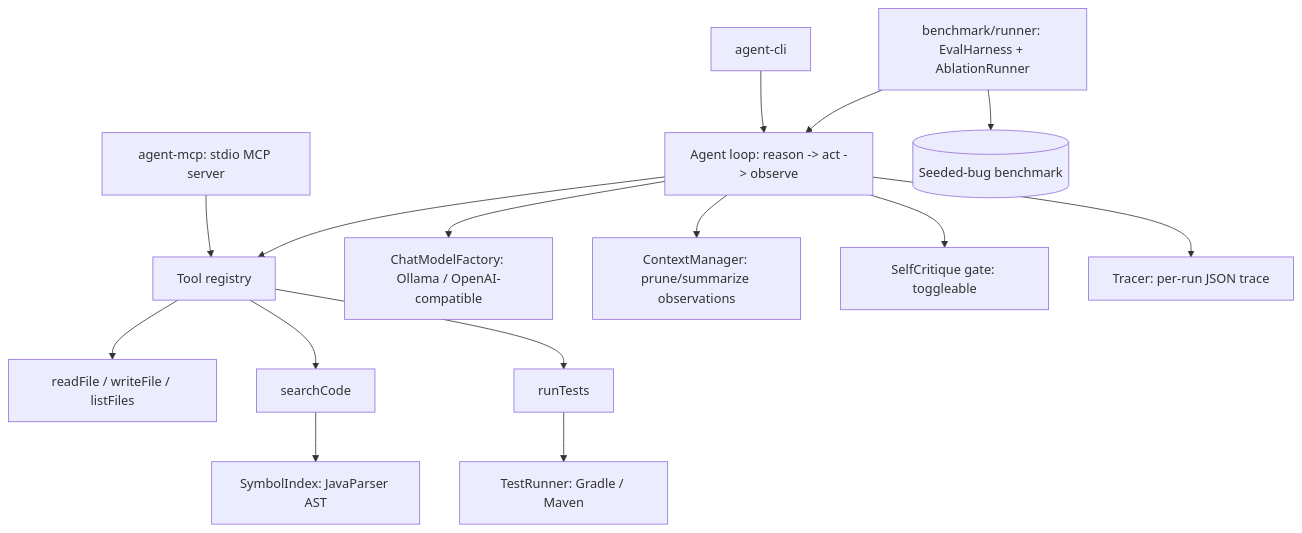
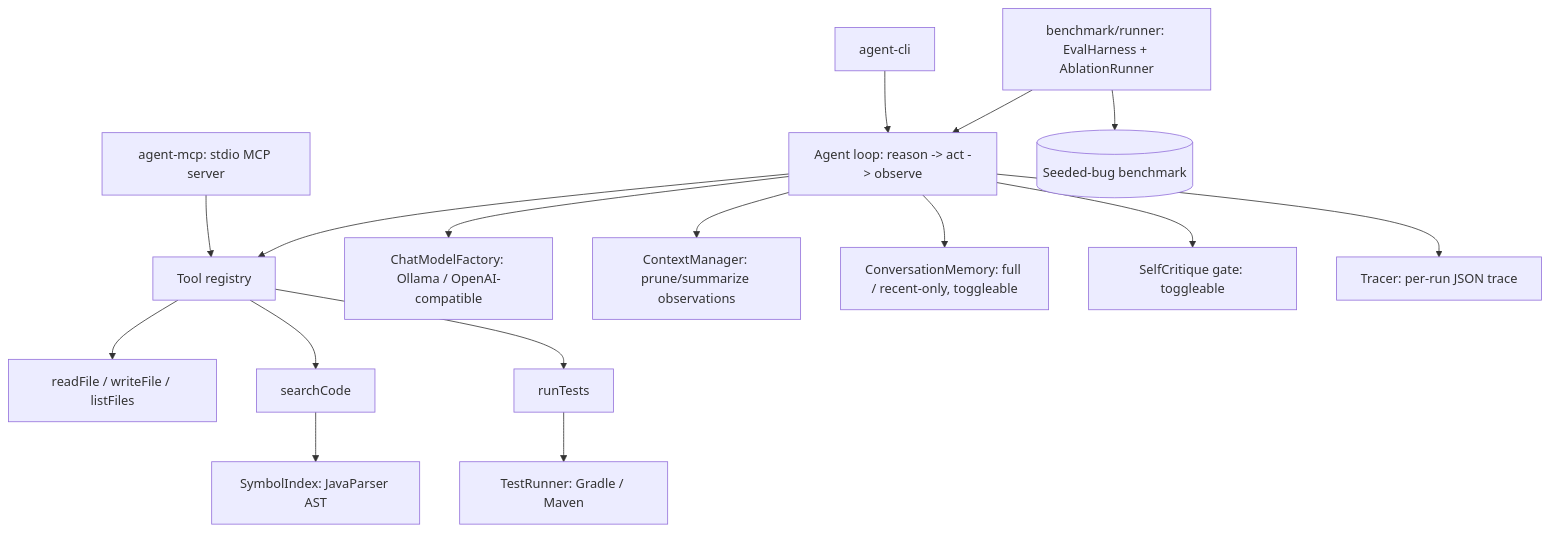
The diagram in README.md (leetwitter/java-bug-fix-agent), drawn with Mermaid before and after one commit. The commit also changed other lines of this file and 11 other files, not shown here.

````diff
--- a/README.md
+++ b/README.md
@@ -57,17 +57,18 @@
 ```mermaid
 flowchart TD
     CLI[agent-cli] --> Agent[Agent loop: reason -> act -> observe]
     MCP[agent-mcp: stdio MCP server] --> Tools
     Agent --> LLM[ChatModelFactory: Ollama / OpenAI-compatible]
     Agent --> Ctx[ContextManager: prune/summarize observations]
+    Agent --> Mem[ConversationMemory: full / recent-only, toggleable]
     Agent --> Critic[SelfCritique gate: toggleable]
     Agent --> Tools[Tool registry]
     Tools --> FileTools[readFile / writeFile / listFiles]
     Tools --> Search[searchCode]
     Tools --> RunTests[runTests]
     Search --> Index[SymbolIndex: JavaParser AST]
     RunTests --> Runner[TestRunner: Gradle / Maven]
     Agent --> Tracer[Tracer: per-run JSON trace]
     Eval[benchmark/runner: EvalHarness + AblationRunner] --> Agent
     Eval --> Bench[(Seeded-bug benchmark)]
 ```
````
